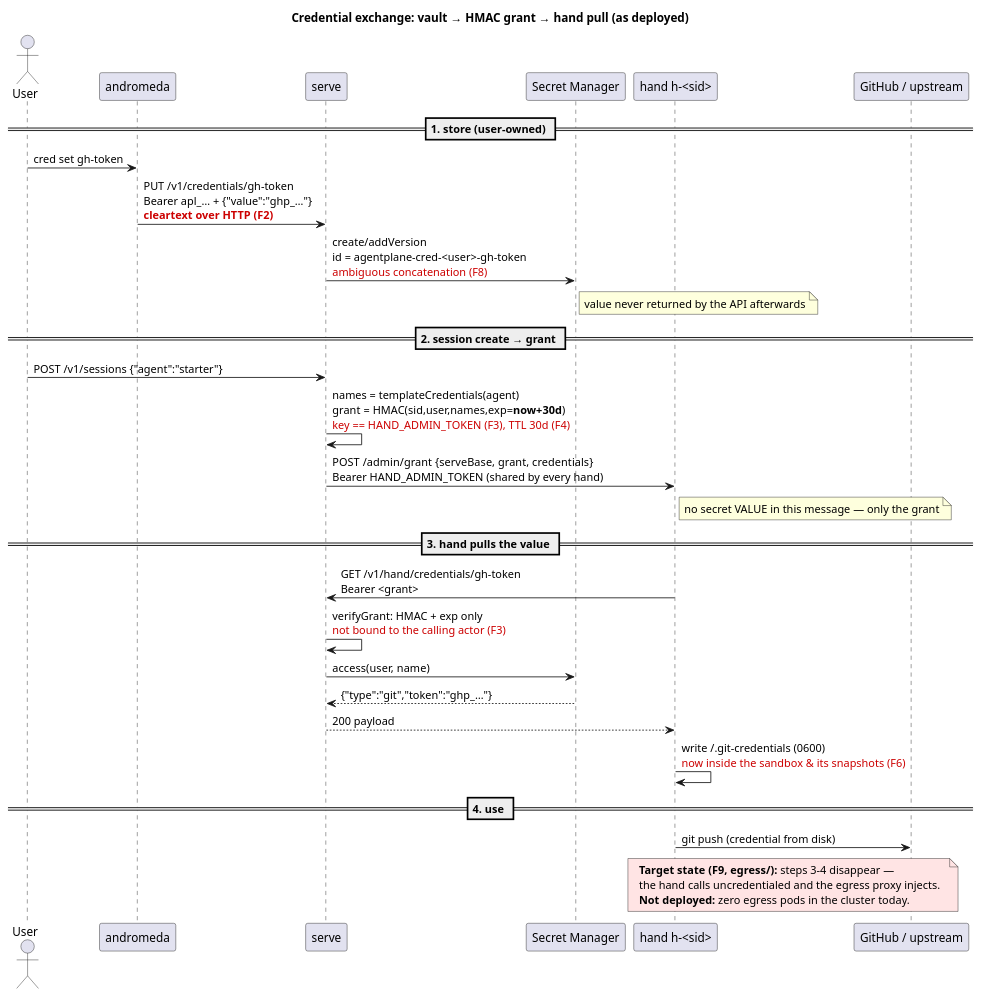
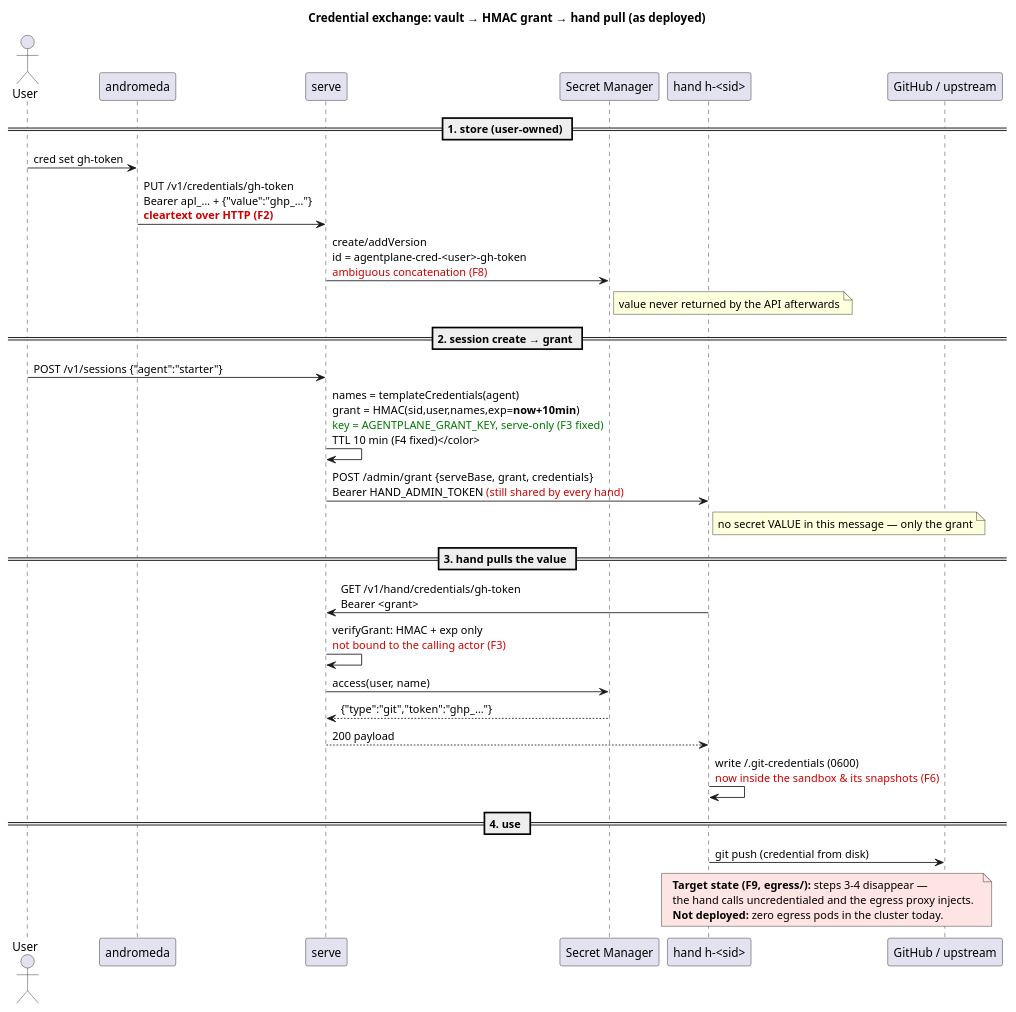
Before and after one commit to agents-community/supercluster: the diagram in agentplane/docs/threat-model/seq-vault-grant.puml, drawn with PlantUML. The commit also changed 8 other files, not shown here.

```diff
--- a/agentplane/docs/threat-model/seq-vault-grant.puml
+++ b/agentplane/docs/threat-model/seq-vault-grant.puml
@@ -1,38 +1,38 @@
 @startuml seq-vault-grant
 title Credential exchange: vault → HMAC grant → hand pull (as deployed)
 
 actor User
 participant "andromeda" as tui
 participant "serve" as serve
 participant "Secret Manager" as sm
 participant "hand h-<sid>" as hand
 participant "GitHub / upstream" as ext
 
 == 1. store (user-owned) ==
 User -> tui : cred set gh-token
 tui -> serve : PUT /v1/credentials/gh-token\nBearer apl_… + {"value":"ghp_…"}\n<color:#CC0000><b>cleartext over HTTP (F2)</b></color>
 serve -> sm : create/addVersion\nid = agentplane-cred-<user>-gh-token\n<color:#CC0000>ambiguous concatenation (F8)</color>
 note right of sm : value never returned by the API afterwards
 
 == 2. session create → grant ==
 User -> serve : POST /v1/sessions {"agent":"starter"}
-serve -> serve : names = templateCredentials(agent)\ngrant = HMAC(sid,user,names,exp=<b>now+30d</b>)\n<color:#CC0000>key == HAND_ADMIN_TOKEN (F3), TTL 30d (F4)</color>
-serve -> hand : POST /admin/grant  {serveBase, grant, credentials}\nBearer HAND_ADMIN_TOKEN (shared by every hand)
+serve -> serve : names = templateCredentials(agent)\ngrant = HMAC(sid,user,names,exp=<b>now+10min</b>)\n<color:#007700>key = AGENTPLANE_GRANT_KEY, serve-only (F3 fixed)\nTTL 10 min (F4 fixed)</color>
+serve -> hand : POST /admin/grant  {serveBase, grant, credentials}\nBearer HAND_ADMIN_TOKEN <color:#CC0000>(still shared by every hand)</color>
 note right of hand : no secret VALUE in this message — only the grant
 
 == 3. hand pulls the value ==
 hand -> serve : GET /v1/hand/credentials/gh-token\nBearer <grant>
 serve -> serve : verifyGrant: HMAC + exp only\n<color:#CC0000>not bound to the calling actor (F3)</color>
 serve -> sm : access(user, name)
 sm --> serve : {"type":"git","token":"ghp_…"}
 serve --> hand : 200 payload
 hand -> hand : write ~/.git-credentials (0600)\n<color:#CC0000>now inside the sandbox & its snapshots (F6)</color>
 
 == 4. use ==
 hand -> ext : git push (credential from disk)
 note over hand, ext #FFE4E4
   <b>Target state (F9, egress/):</b> steps 3-4 disappear —
   the hand calls uncredentialed and the egress proxy injects.
   <b>Not deployed:</b> zero egress pods in the cluster today.
 end note
 @enduml
```
